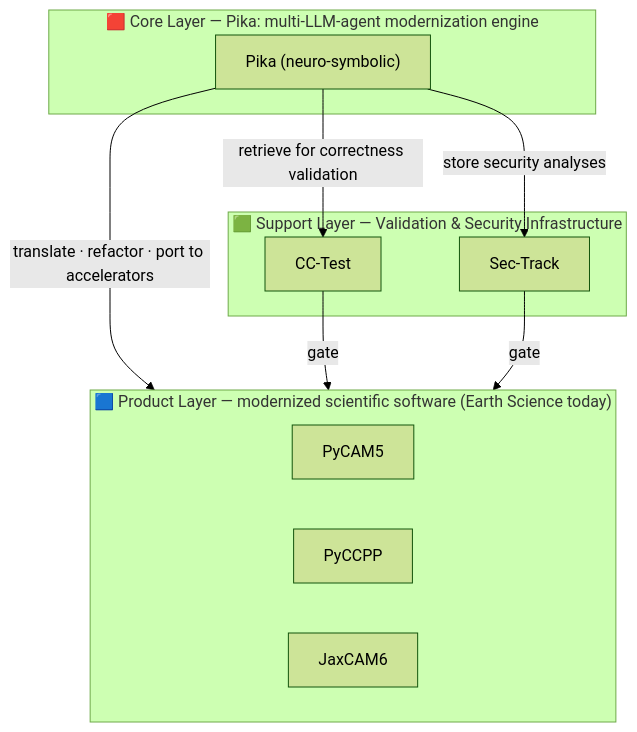
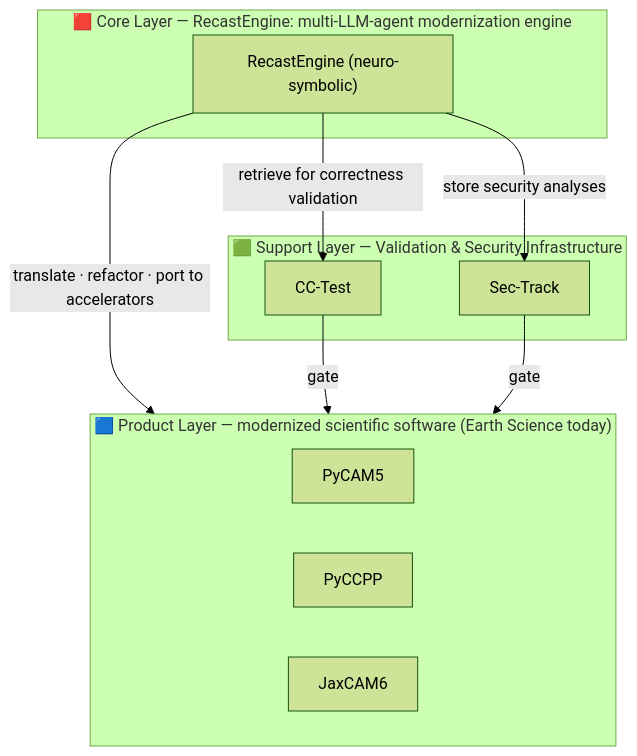
One commit to a85tract/SciRecast changed the diagram in README.md. Above: the diagram before and after it, drawn with Mermaid (forest theme). The commit also changed other lines of this file and 1 other file, not shown here.

First line of the commit message:
Add RecastEngine submodule; rename Core-Layer engine Pika -> RecastEngine

````diff
--- a/README.md
+++ b/README.md
@@ -35,21 +35,21 @@
 ```mermaid
 flowchart TB
     subgraph Product["🟦 Product Layer — modernized scientific software (Earth Science today)"]
         PyCAM5["PyCAM5"]
         PyCCPP["PyCCPP"]
         JaxCAM6["JaxCAM6"]
     end
     subgraph Support["🟩 Support Layer — Validation &amp; Security Infrastructure"]
         NCTest["CC-Test"]
         SecTrack["Sec-Track"]
     end
-    subgraph Core["🟥 Core Layer — Pika: multi-LLM-agent modernization engine"]
-        Pika["Pika (neuro-symbolic)"]
+    subgraph Core["🟥 Core Layer — RecastEngine: multi-LLM-agent modernization engine"]
+        RecastEngine["RecastEngine (neuro-symbolic)"]
     end
 
-    Pika -- "translate · refactor · port to accelerators" --> Product
-    Pika -- "retrieve for correctness validation" --> NCTest
-    Pika -- "store security analyses" --> SecTrack
+    RecastEngine -- "translate · refactor · port to accelerators" --> Product
+    RecastEngine -- "retrieve for correctness validation" --> NCTest
+    RecastEngine -- "store security analyses" --> SecTrack
     NCTest -- "gate" --> Product
     SecTrack -- "gate" --> Product
 ```
````
